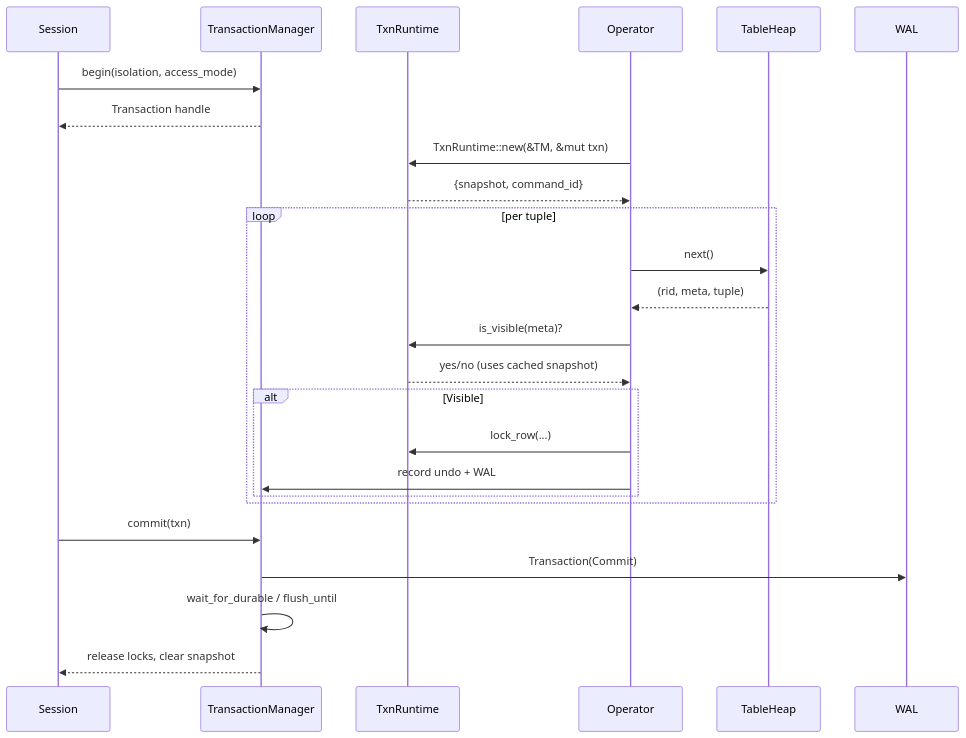
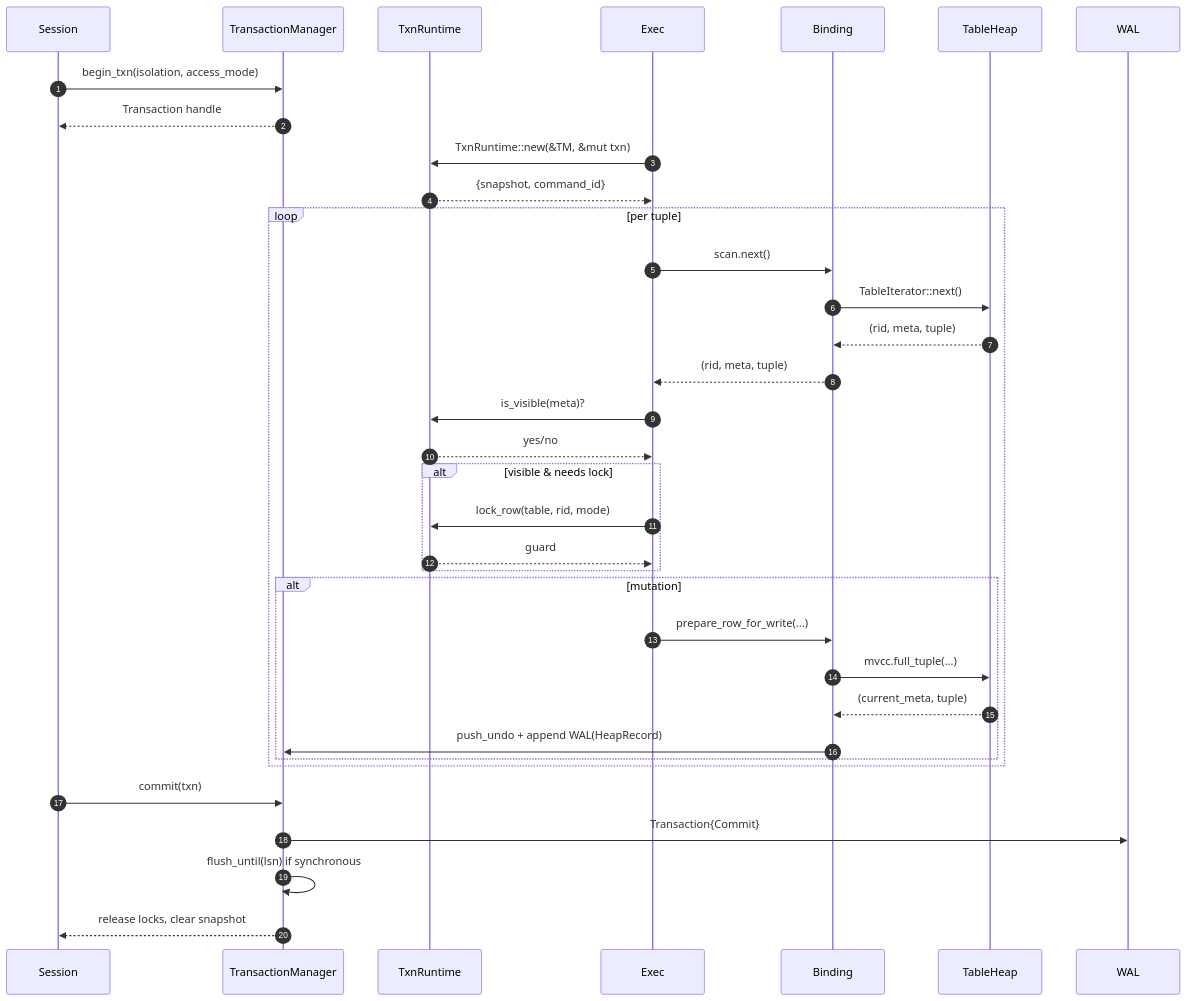
One commit to feichai0017/QuillSQL changed the second of 6 diagrams in docs/src/architecture.md. Above: the diagram before and after it, drawn with Mermaid. The commit also changed other lines of this file and 16 other files, not shown here.

````diff
--- a/docs/src/architecture.md
+++ b/docs/src/architecture.md
@@ -58,27 +58,39 @@
 ```mermaid
 sequenceDiagram
+    autonumber
     participant Session
     participant TM as TransactionManager
     participant Runtime as TxnRuntime
-    participant Exec as Operator
+    participant Exec
+    participant Binding
     participant Heap as TableHeap
 
-    Session->>TM: begin(isolation, access_mode)
+    Session->>TM: begin_txn(isolation, access_mode)
     TM-->>Session: Transaction handle
     Exec->>Runtime: TxnRuntime::new(&TM, &mut txn)
     Runtime-->>Exec: {snapshot, command_id}
+
     loop per tuple
-        Exec->>Heap: next()
-        Heap-->>Exec: (rid, meta, tuple)
+        Exec->>Binding: scan.next()
+        Binding->>Heap: TableIterator::next()
+        Heap-->>Binding: (rid, meta, tuple)
+        Binding-->>Exec: (rid, meta, tuple)
         Exec->>Runtime: is_visible(meta)?
-        Runtime-->>Exec: yes/no (uses cached snapshot)
-        alt Visible
-            Exec->>Runtime: lock_row(...)
-            Exec->>TM: record undo + WAL
+        Runtime-->>Exec: yes/no
+        alt visible & needs lock
+            Exec->>Runtime: lock_row(table, rid, mode)
+            Runtime-->>Exec: guard
+        end
+        alt mutation
+            Exec->>Binding: prepare_row_for_write(...)
+            Binding->>Heap: mvcc.full_tuple(...)
+            Heap-->>Binding: (current_meta, tuple)
+            Binding->>TM: push_undo + append WAL(HeapRecord)
         end
     end
+
     Session->>TM: commit(txn)
-    TM->>WAL: Transaction(Commit)
-    TM->>TM: wait_for_durable / flush_until
+    TM->>WAL: Transaction{Commit}
+    TM->>TM: flush_until(lsn) if synchronous
     TM-->>Session: release locks, clear snapshot
 ```
````
